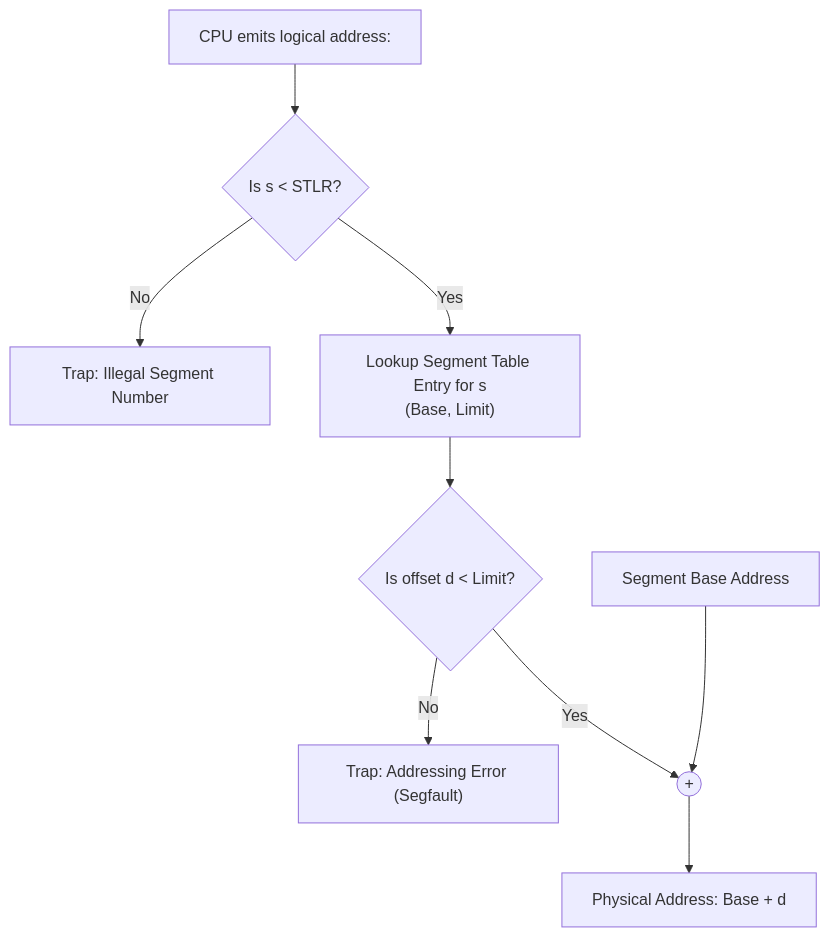
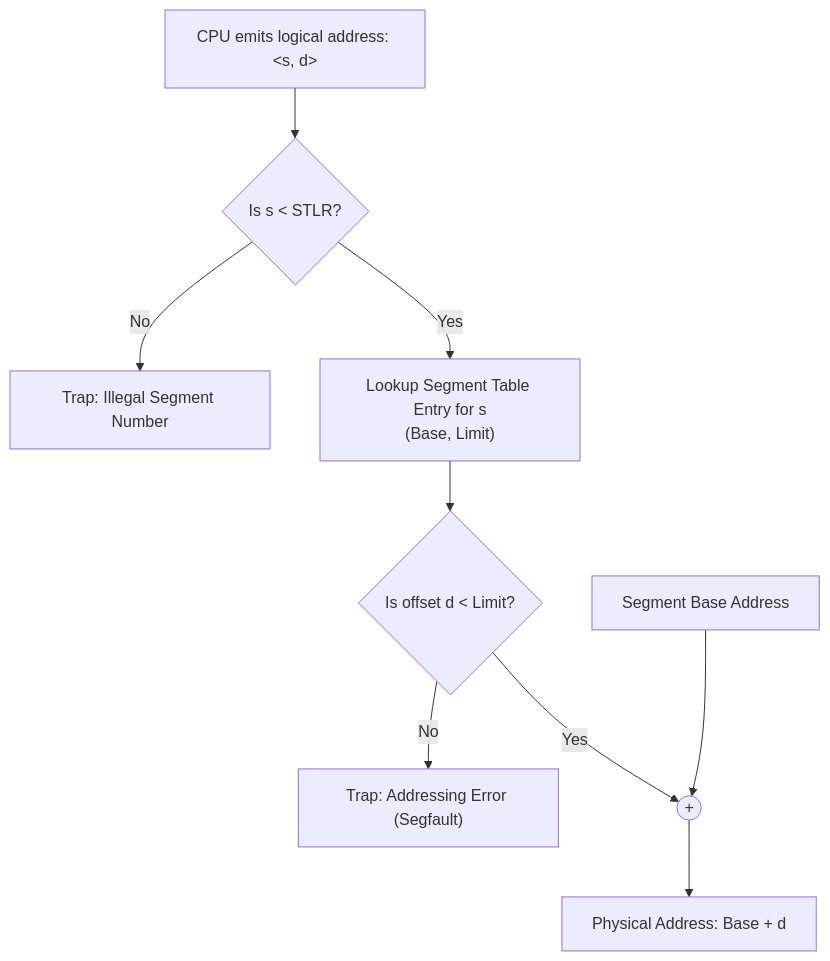
The third of 5 diagrams in OS/Unit 3/L03 - Segmentation.md (YatishGowda09/Sem-3-CSE-Notes), drawn with Mermaid before and after one commit. The commit also changed 70 other files, not shown here.

First line of the commit message:
Fix Mermaid diagram syntax for GitHub rendering compatibility

````diff
--- a/OS/Unit 3/L03 - Segmentation.md
+++ b/OS/Unit 3/L03 - Segmentation.md
@@ -88,11 +88,11 @@
 ```mermaid
 flowchart TD
-    CPU["CPU emits logical address: <s, d>"] --> CHK1{"Is s < STLR?"}
+    CPU["CPU emits logical address: &lt;s, d&gt;"] --> CHK1{"Is s &lt; STLR?"}
     CHK1 -- "No" --> TRAP1["Trap: Illegal Segment Number"]
     CHK1 -- "Yes" --> FETCH["Lookup Segment Table Entry for s<br>(Base, Limit)"]
-    FETCH --> CHK2{"Is offset d < Limit?"}
+    FETCH --> CHK2{"Is offset d &lt; Limit?"}
     CHK2 -- "No" --> TRAP2["Trap: Addressing Error (Segfault)"]
     CHK2 -- "Yes" --> ADD((+))
     BASE["Segment Base Address"] --> ADD
     ADD --> RAM["Physical Address: Base + d"]
 ```
````
